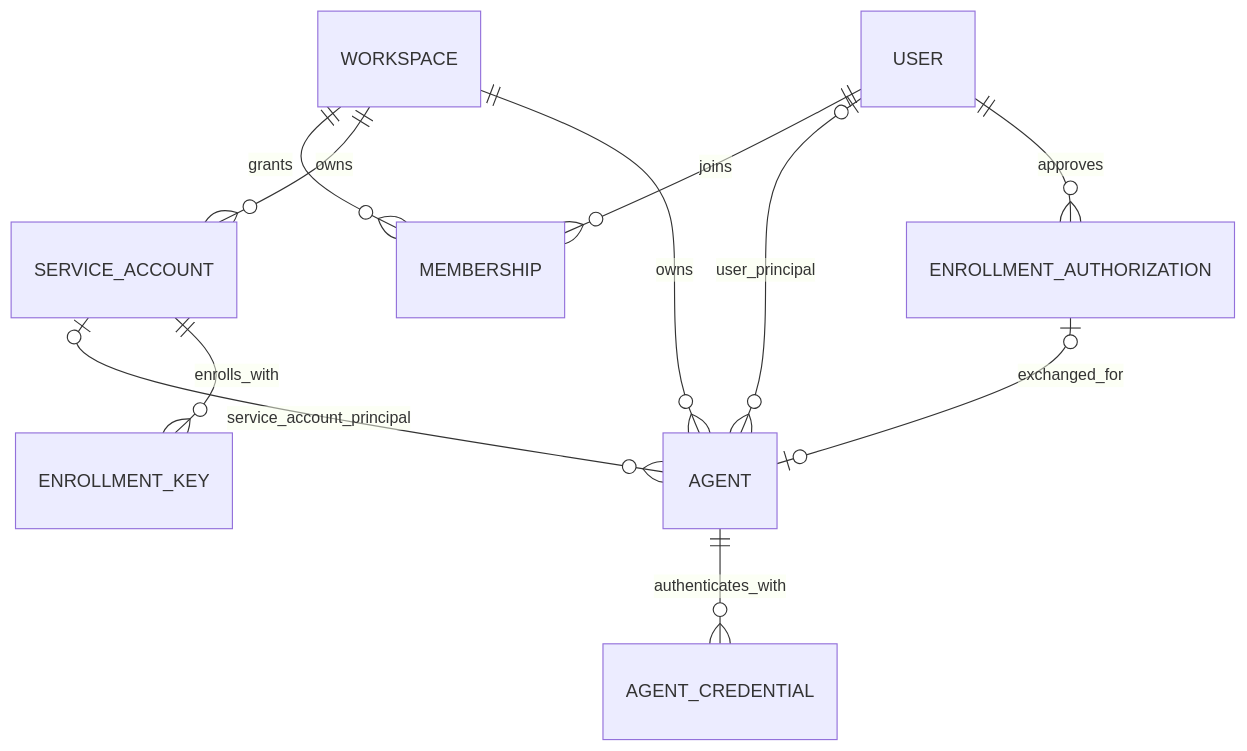
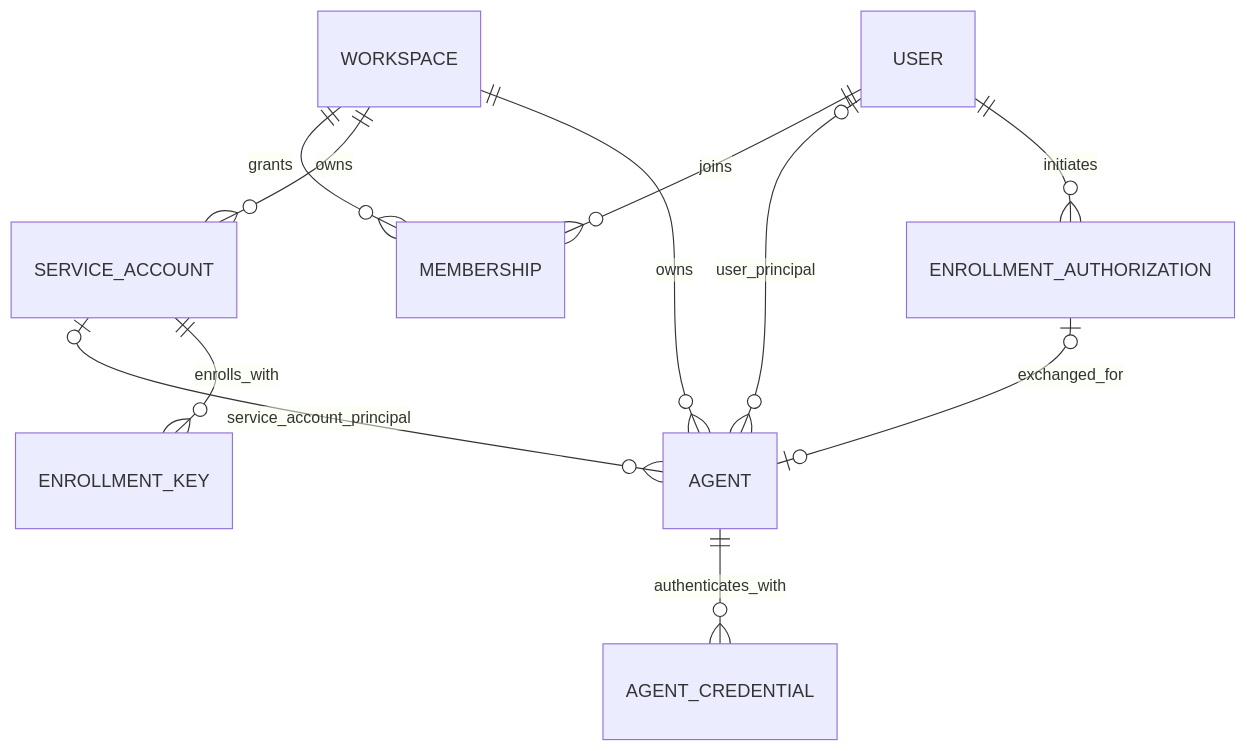
The first of 2 diagrams in docs/identity-and-device-flow.md (Bit-Precise/agents), drawn with Mermaid before and after one commit. The commit also changed other lines of this file and 4 other files, not shown here.

````diff
--- a/docs/identity-and-device-flow.md
+++ b/docs/identity-and-device-flow.md
@@ -22,13 +24,13 @@
 ```mermaid
 erDiagram
     USER ||--o{ MEMBERSHIP : joins
     WORKSPACE ||--o{ MEMBERSHIP : grants
     WORKSPACE ||--o{ SERVICE_ACCOUNT : owns
     WORKSPACE ||--o{ AGENT : owns
     USER o|--o{ AGENT : user_principal
     SERVICE_ACCOUNT o|--o{ AGENT : service_account_principal
     SERVICE_ACCOUNT ||--o{ ENROLLMENT_KEY : enrolls_with
     AGENT ||--o{ AGENT_CREDENTIAL : authenticates_with
-    USER ||--o{ ENROLLMENT_AUTHORIZATION : approves
+    USER ||--o{ ENROLLMENT_AUTHORIZATION : initiates
     ENROLLMENT_AUTHORIZATION o|--o| AGENT : exchanged_for
 ```
````
